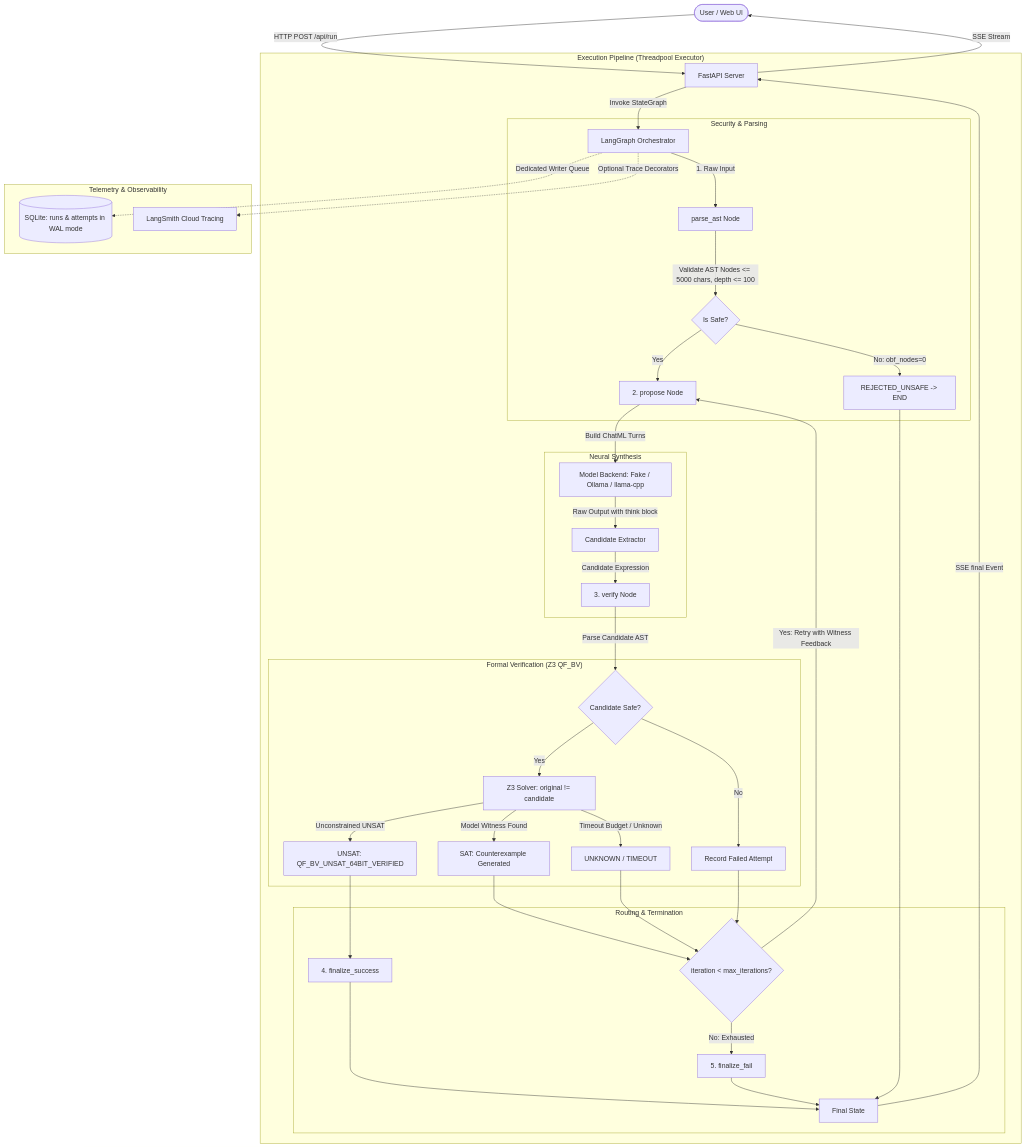
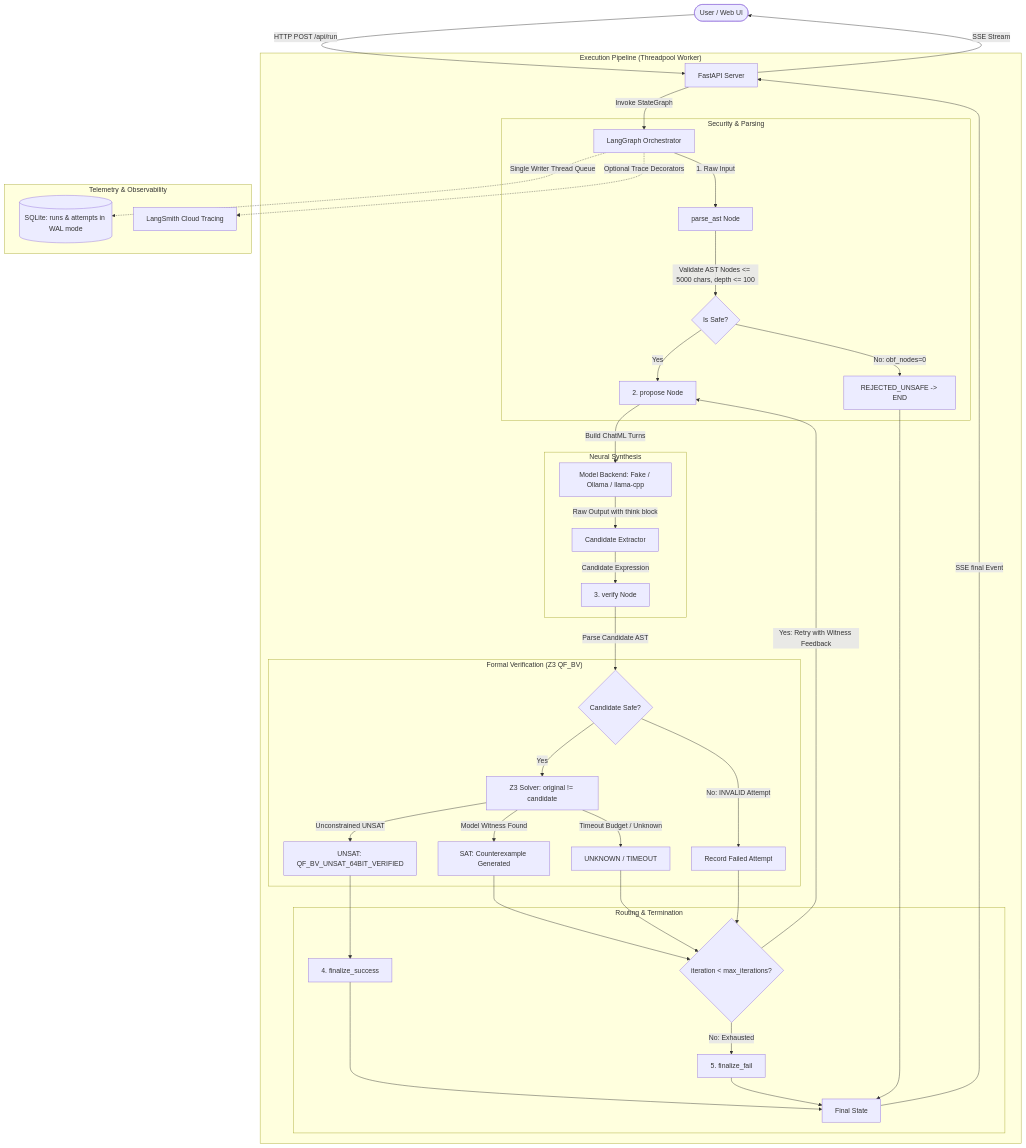
One commit to rthivisha/palimpsest changed the diagram in ARCHITECTURE.md. Above: the diagram before and after it, drawn with Mermaid. The commit also changed other lines of this file and 4 other files, not shown here.

````diff
--- a/ARCHITECTURE.md
+++ b/ARCHITECTURE.md
@@ -26,50 +26,50 @@
 ```mermaid
 flowchart TD
     User([User / Web UI]) -->|HTTP POST /api/run| API[FastAPI Server]
     API -->|SSE Stream| User
 
-    subgraph "Execution Pipeline (Threadpool Executor)"
+    subgraph "Execution Pipeline (Threadpool Worker)"
         API -->|Invoke StateGraph| LG[LangGraph Orchestrator]
 
         subgraph "Security & Parsing"
             LG -->|1. Raw Input| NodeAST[parse_ast Node]
             NodeAST -->|Validate AST Nodes <= 5000 chars, depth <= 100| SafeAST{Is Safe?}
             SafeAST -->|No: obf_nodes=0| RejectNode[REJECTED_UNSAFE -> END]
             SafeAST -->|Yes| ProposeNode[2. propose Node]
         end
 
         subgraph "Neural Synthesis"
             ProposeNode -->|Build ChatML Turns| LLMBackend[Model Backend: Fake / Ollama / llama-cpp]
             LLMBackend -->|Raw Output with think block| CandExtract[Candidate Extractor]
             CandExtract -->|Candidate Expression| VerifyNode[3. verify Node]
         end
 
         subgraph "Formal Verification (Z3 QF_BV)"
             VerifyNode -->|Parse Candidate AST| VerifySafety{Candidate Safe?}
-            VerifySafety -->|No| FailAttempt[Record Failed Attempt]
+            VerifySafety -->|No: INVALID Attempt| FailAttempt[Record Failed Attempt]
             VerifySafety -->|Yes| Z3Miter[Z3 Solver: original != candidate]
             Z3Miter -->|Timeout Budget / Unknown| Z3Timeout[UNKNOWN / TIMEOUT]
             Z3Miter -->|Model Witness Found| Z3SAT[SAT: Counterexample Generated]
             Z3Miter -->|Unconstrained UNSAT| Z3UNSAT[UNSAT: QF_BV_UNSAT_64BIT_VERIFIED]
         end
 
         subgraph "Routing & Termination"
             Z3UNSAT --> SuccessNode[4. finalize_success]
             Z3SAT --> Router{iteration < max_iterations?}
             Z3Timeout --> Router
             FailAttempt --> Router
             Router -->|Yes: Retry with Witness Feedback| ProposeNode
             Router -->|No: Exhausted| FailNode[5. finalize_fail]
             SuccessNode --> OutputState[Final State]
             FailNode --> OutputState
             RejectNode --> OutputState
         end
     end
 
     subgraph "Telemetry & Observability"
-        LG -.->|Dedicated Writer Queue| SQLite[(SQLite: runs & attempts in WAL mode)]
+        LG -.->|Single Writer Thread Queue| SQLite[(SQLite: runs & attempts in WAL mode)]
         LG -.->|Optional Trace Decorators| LangSmith[LangSmith Cloud Tracing]
     end
 
     OutputState -->|SSE final Event| API
 ```
````
